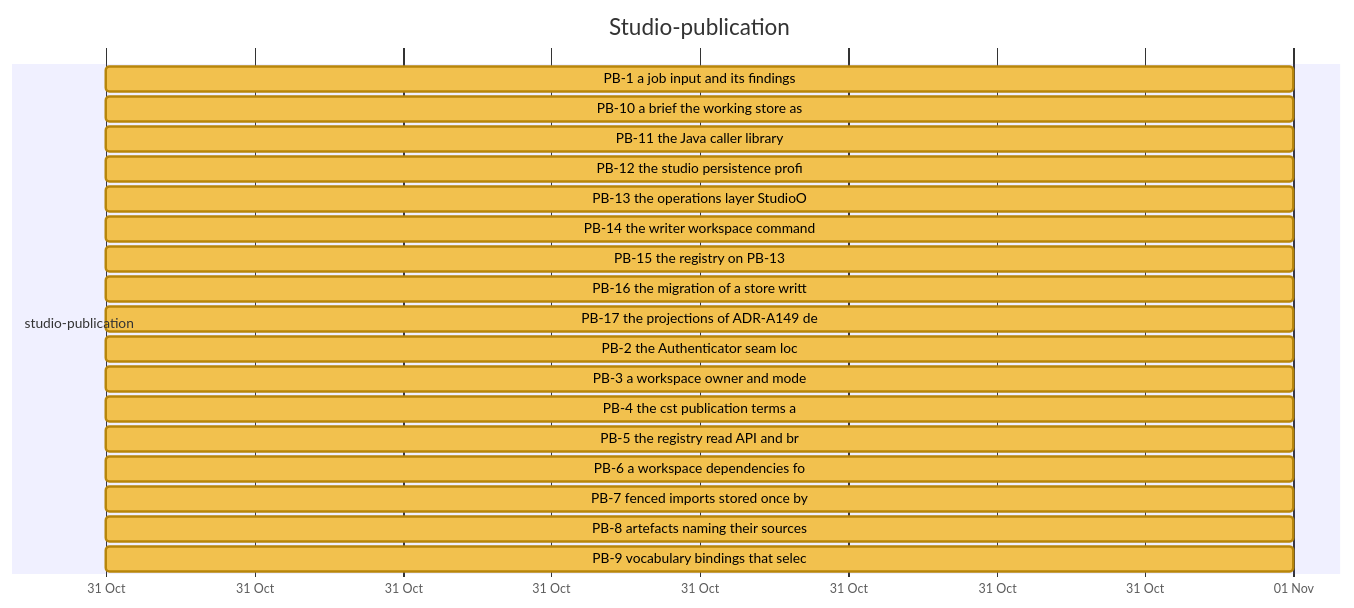
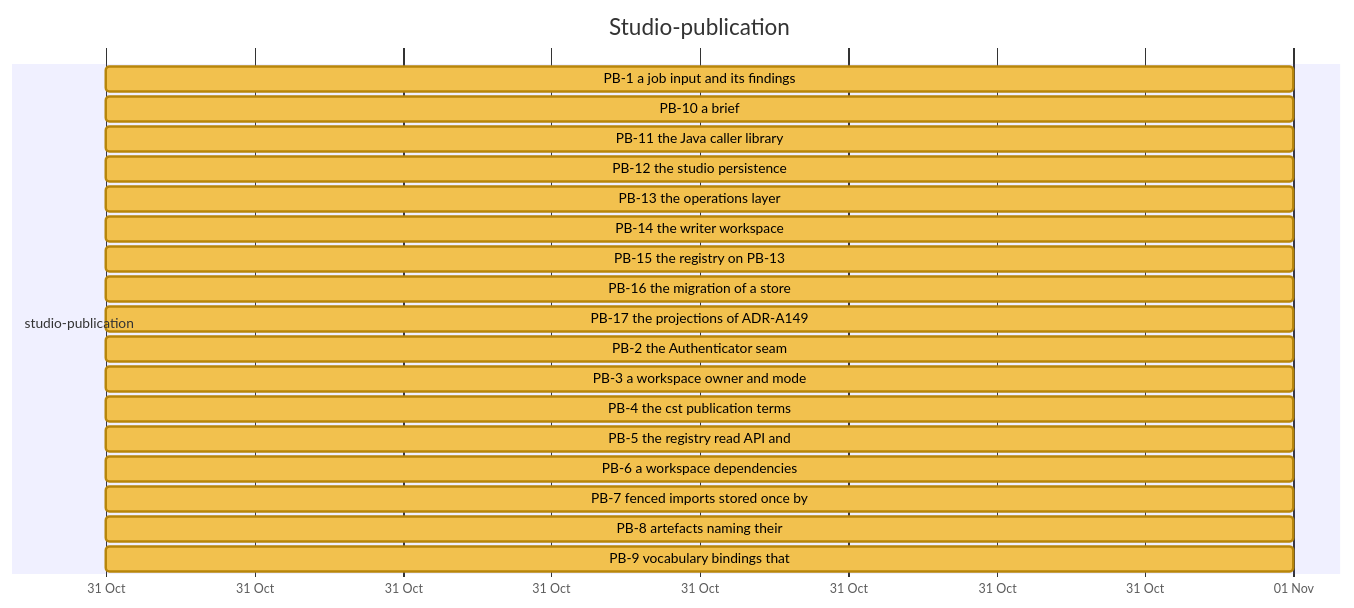
One commit to nebularis/lattice changed diagram 13 of 26 in docs/developer/ROADMAP.md. Above: the diagram before and after it, drawn with Mermaid. The commit also changed other lines of this file and 7 other files, not shown here.

First line of the commit message:
Pin Vyvid v0.2.7: the GIT_DIR workaround removed, TD-143 and TD-144 closed, the roadmap regenerated

````diff
--- a/docs/developer/ROADMAP.md
+++ b/docs/developer/ROADMAP.md
@@ -390,25 +390,25 @@
 ```mermaid
 %%{init: {"themeVariables": {"taskBkgColor": "#f2c14e", "taskBorderColor": "#b8860b", "taskTextColor": "#000000", "activeTaskBkgColor": "#4e9af1", "activeTaskBorderColor": "#1f5fbf", "activeTaskBorderColor": "#1f5fbf", "doneTaskBkgColor": "#8fcf8f", "doneTaskBorderColor": "#2f7d32", "critBkgColor": "#f28b82", "critBorderColor": "#b23a30", "taskTextDarkColor": "#000000", "taskTextLightColor": "#000000"}}}%%
 gantt
     title Studio-publication
     dateFormat YYYY-MM-DD
     axisFormat %d %b
     section studio-publication
     PB-1 a job input and its findings :pb1, 2026-10-31, 2026-11-01
-    PB-10 a brief the working store as :pb10, 2026-10-31, 2026-11-01
+    PB-10 a brief :pb10, 2026-10-31, 2026-11-01
     PB-11 the Java caller library :pb11, 2026-10-31, 2026-11-01
-    PB-12 the studio persistence profi :pb12, 2026-10-31, 2026-11-01
-    PB-13 the operations layer StudioO :pb13, 2026-10-31, 2026-11-01
-    PB-14 the writer workspace command :pb14, 2026-10-31, 2026-11-01
+    PB-12 the studio persistence :pb12, 2026-10-31, 2026-11-01
+    PB-13 the operations layer :pb13, 2026-10-31, 2026-11-01
+    PB-14 the writer workspace :pb14, 2026-10-31, 2026-11-01
     PB-15 the registry on PB-13 :pb15, 2026-10-31, 2026-11-01
-    PB-16 the migration of a store writt :pb16, 2026-10-31, 2026-11-01
-    PB-17 the projections of ADR-A149 de :pb17, 2026-10-31, 2026-11-01
-    PB-2 the Authenticator seam loc :pb2, 2026-10-31, 2026-11-01
+    PB-16 the migration of a store :pb16, 2026-10-31, 2026-11-01
+    PB-17 the projections of ADR-A149 :pb17, 2026-10-31, 2026-11-01
+    PB-2 the Authenticator seam :pb2, 2026-10-31, 2026-11-01
     PB-3 a workspace owner and mode :pb3, 2026-10-31, 2026-11-01
-    PB-4 the cst publication terms a :pb4, 2026-10-31, 2026-11-01
-    PB-5 the registry read API and br :pb5, 2026-10-31, 2026-11-01
-    PB-6 a workspace dependencies fo :pb6, 2026-10-31, 2026-11-01
+    PB-4 the cst publication terms :pb4, 2026-10-31, 2026-11-01
+    PB-5 the registry read API and :pb5, 2026-10-31, 2026-11-01
+    PB-6 a workspace dependencies :pb6, 2026-10-31, 2026-11-01
     PB-7 fenced imports stored once by :pb7, 2026-10-31, 2026-11-01
-    PB-8 artefacts naming their sources :pb8, 2026-10-31, 2026-11-01
-    PB-9 vocabulary bindings that selec :pb9, 2026-10-31, 2026-11-01
+    PB-8 artefacts naming their :pb8, 2026-10-31, 2026-11-01
+    PB-9 vocabulary bindings that :pb9, 2026-10-31, 2026-11-01
 ```
````
